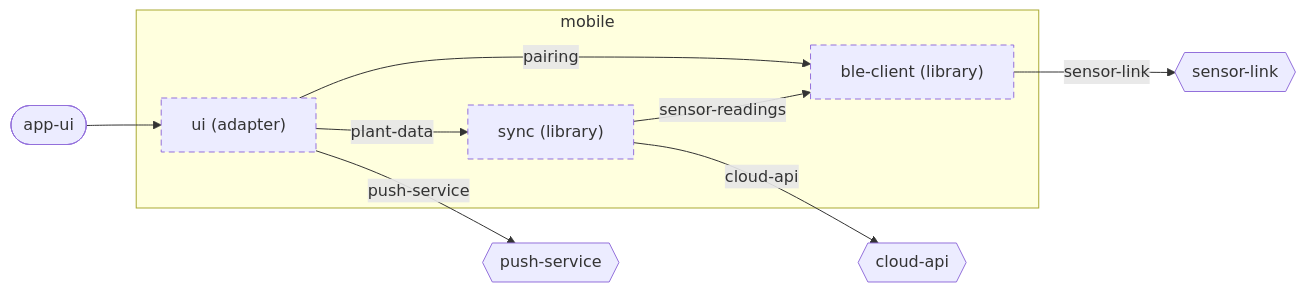
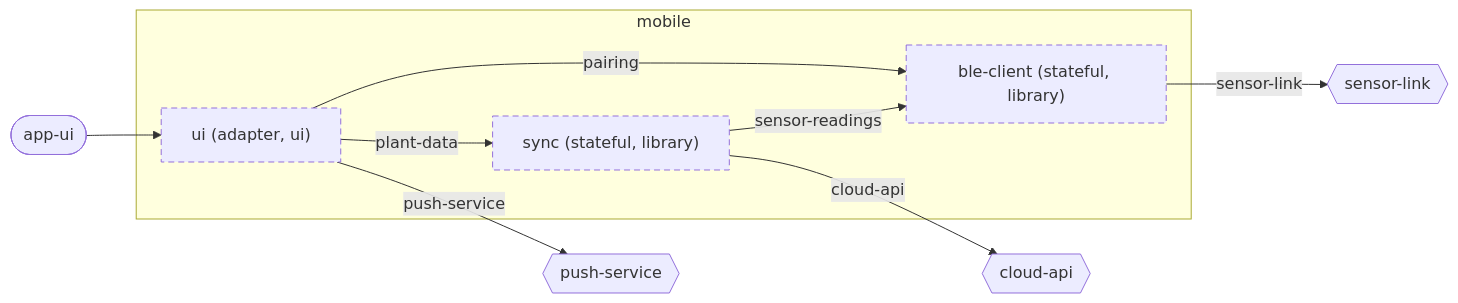
The diagram in examples/plantwatch/mobile/docs/diagrams/component.md (wackazong/unifold), drawn with Mermaid before and after one commit. The commit also changed other lines of this file and 216 other files, not shown here.

````diff
--- a/examples/plantwatch/mobile/docs/diagrams/component.md
+++ b/examples/plantwatch/mobile/docs/diagrams/component.md
@@ -8,24 +8,24 @@
 ```mermaid
 flowchart LR
   subgraph u_mobile["mobile"]
-    u_mobile__ble_dclient["ble-client (library)"]
-    u_mobile__sync["sync (library)"]
-    u_mobile__ui["ui (adapter)"]
+    u_mobile__ble_dclient["ble-client (stateful, library)"]
+    u_mobile__sync["sync (stateful, library)"]
+    u_mobile__ui["ui (adapter, ui)"]
   end
   n_mobile___sensor_dlink{{"sensor-link"}}
   n_mobile___cloud_dapi{{"cloud-api"}}
   n_mobile___push_dservice{{"push-service"}}
   p_mobile___app_dui(["app-ui"])
   u_mobile__sync -->|"sensor-readings"| u_mobile__ble_dclient
   u_mobile__ui -->|"plant-data"| u_mobile__sync
   u_mobile__ui -->|"pairing"| u_mobile__ble_dclient
   u_mobile__ble_dclient -->|"sensor-link"| n_mobile___sensor_dlink
   u_mobile__sync -->|"cloud-api"| n_mobile___cloud_dapi
   u_mobile__ui -->|"push-service"| n_mobile___push_dservice
   p_mobile___app_dui --> u_mobile__ui
   classDef focus stroke-width:4px
   classDef planned stroke-dasharray:6 4
   classDef deprecated stroke-dasharray:2 2,opacity:0.6
   classDef plain stroke-dasharray:2 3
   class u_mobile__ble_dclient,u_mobile__sync,u_mobile__ui planned
 ```
````
